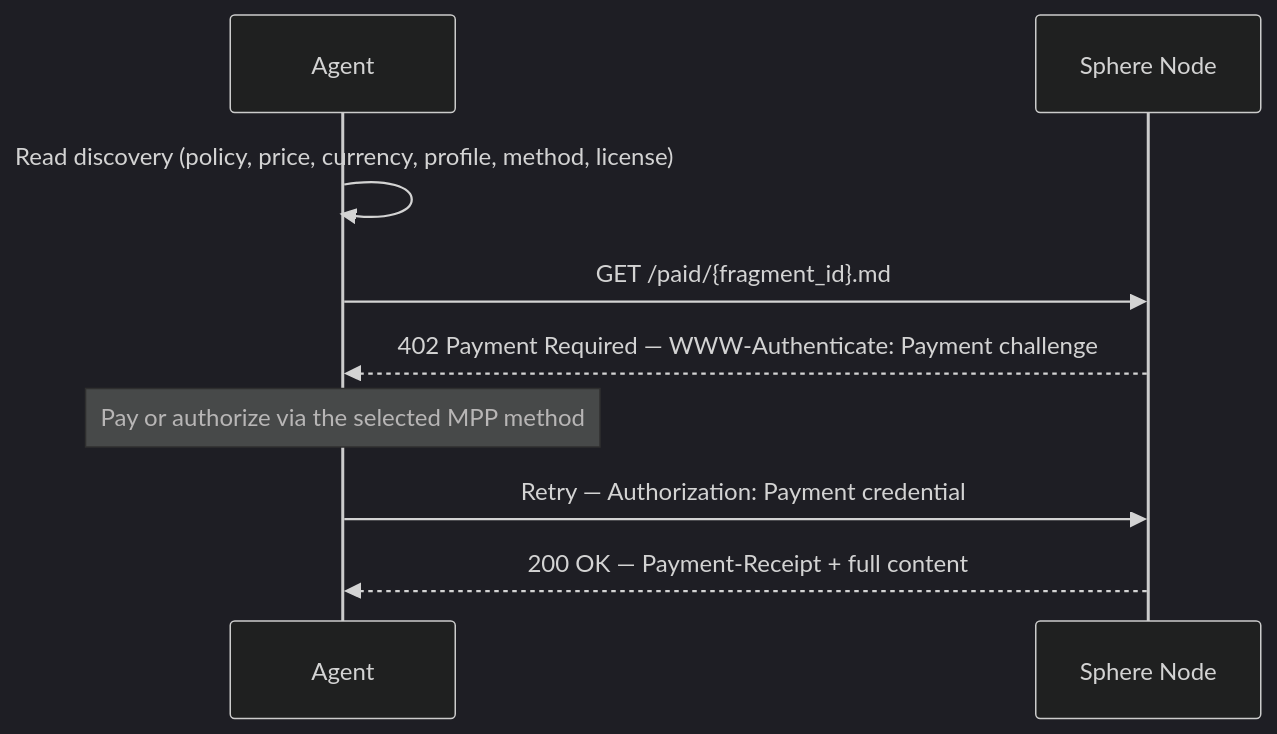
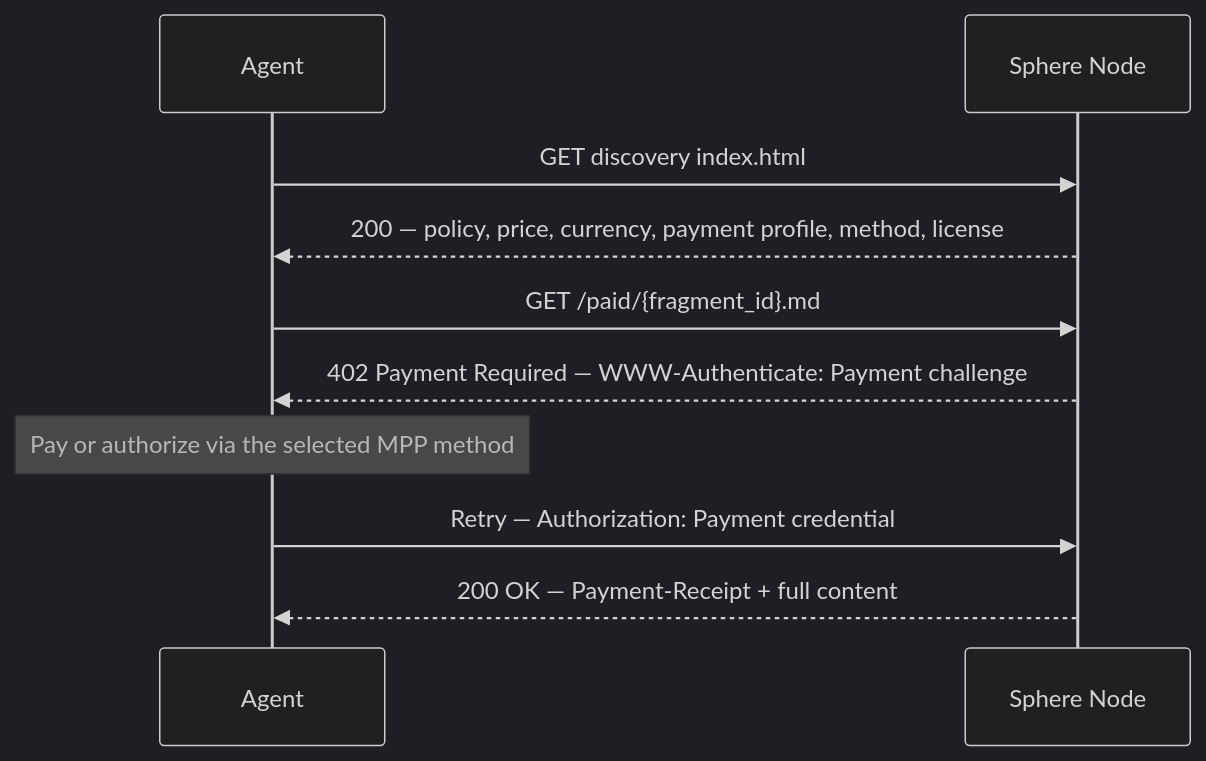
Before and after one commit to marianoviola/sphere: the first of 2 diagrams in src/content/docs/payment-flow.md, drawn with Mermaid (dark theme). The commit also changed 2 other files, not shown here.

Commit message:
Docs: dark code cards + correct the MPP/PaymentAuth sequence
- Switch Shiki to github-dark-dimmed and override the code-card background to
  the site panel colour (--bg-soft) with a faint border, so snippets stay
  harmonious with the dark page instead of being light cards.
- Fix the Default Flow diagram: show the discovery step as a real GET/200
  request to the Node (it was an odd Agent self-message), keeping the rest of
  the MPP / PaymentAuth sequence (402 challenge, pay, retry with
  Authorization: Payment, 200 + Payment-Receipt).

````diff
--- a/src/content/docs/payment-flow.md
+++ b/src/content/docs/payment-flow.md
@@ -33,11 +33,12 @@
 ```mermaid
 sequenceDiagram
     participant A as Agent
     participant S as Sphere Node
-    A->>A: Read discovery (policy, price, currency, profile, method, license)
+    A->>S: GET discovery index.html
+    S-->>A: 200 — policy, price, currency, payment profile, method, license
     A->>S: GET /paid/{fragment_id}.md
     S-->>A: 402 Payment Required — WWW-Authenticate: Payment challenge
     Note over A: Pay or authorize via the selected MPP method
     A->>S: Retry — Authorization: Payment credential
     S-->>A: 200 OK — Payment-Receipt + full content
 ```
````
